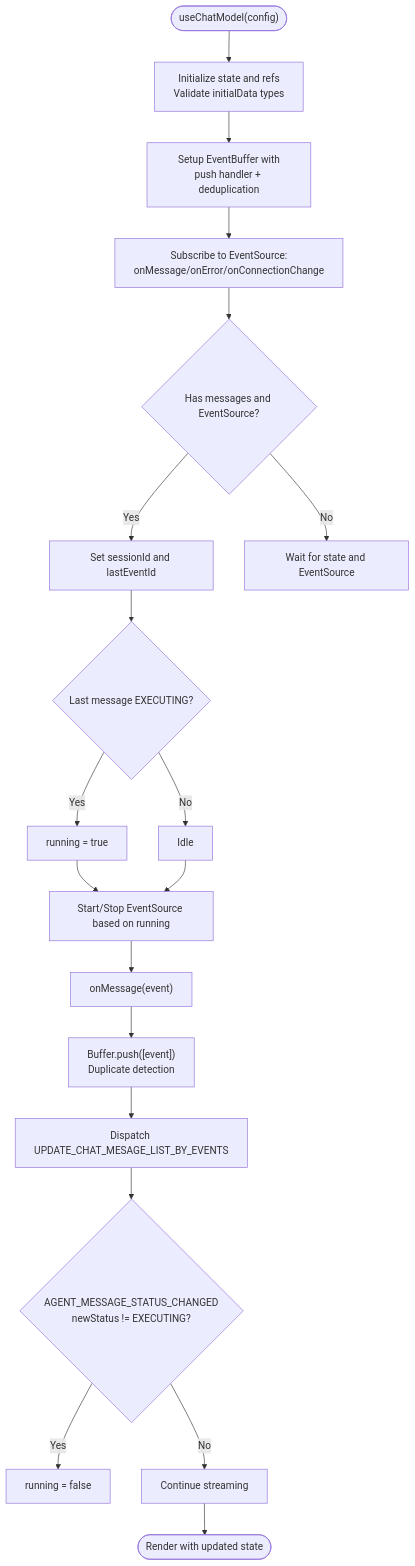
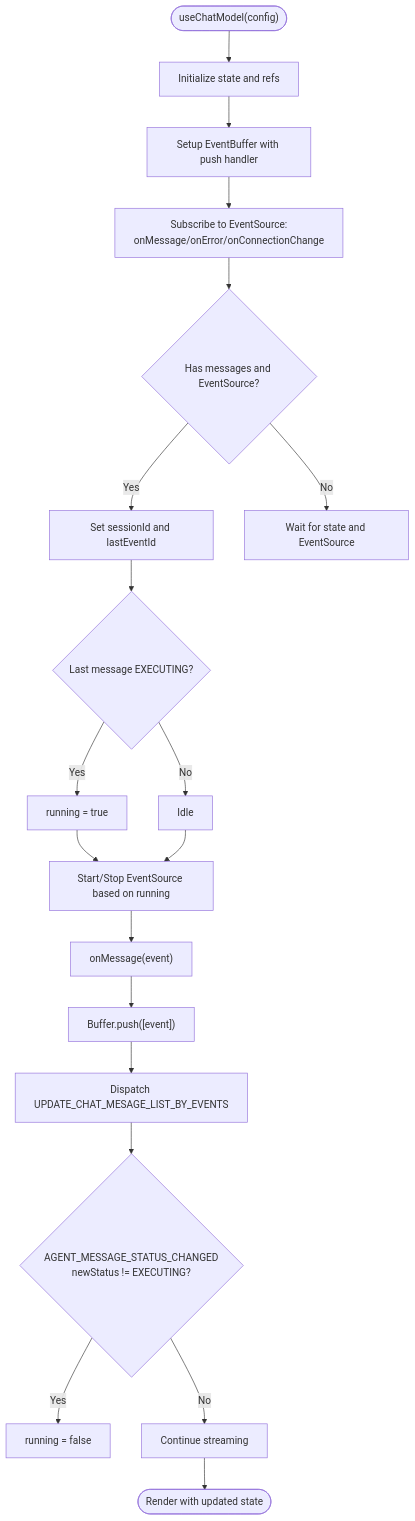
The fourth of 9 diagrams in .qoder/repowiki/en/content/Frontend Architecture/Frontend Architecture.md (alibaba/tron-one-agent), drawn with Mermaid before and after one commit. The commit also changed other lines of this file and 13 other files, not shown here.

````diff
--- a/.qoder/repowiki/en/content/Frontend Architecture/Frontend Architecture.md
+++ b/.qoder/repowiki/en/content/Frontend Architecture/Frontend Architecture.md
@@ -369,21 +264,21 @@
 ```mermaid
 flowchart TD
-Start(["useChatModel(config)"]) --> Init["Initialize state and refs<br/>Validate initialData types"]
-Init --> SetupBuffer["Setup EventBuffer with<br/>push handler + deduplication"]
+Start(["useChatModel(config)"]) --> Init["Initialize state and refs"]
+Init --> SetupBuffer["Setup EventBuffer with push handler"]
 SetupBuffer --> Subscribe["Subscribe to EventSource:<br/>onMessage/onError/onConnectionChange"]
 Subscribe --> Ready{"Has messages and EventSource?"}
 Ready --> |Yes| SyncIds["Set sessionId and lastEventId"]
 Ready --> |No| Wait["Wait for state and EventSource"]
 SyncIds --> DecideRun{"Last message EXECUTING?"}
 DecideRun --> |Yes| SetRun["running = true"]
 DecideRun --> |No| Idle["Idle"]
 SetRun --> ToggleES["Start/Stop EventSource based on running"]
 Idle --> ToggleES
 ToggleES --> OnMessage["onMessage(event)"]
-OnMessage --> BufferPush["Buffer.push([event])<br/>Duplicate detection"]
+OnMessage --> BufferPush["Buffer.push([event])"]
 BufferPush --> ApplyBatch["Dispatch UPDATE_CHAT_MESAGE_LIST_BY_EVENTS"]
 ApplyBatch --> StopCheck{"AGENT_MESSAGE_STATUS_CHANGED<br/>newStatus != EXECUTING?"}
 StopCheck --> |Yes| Stop["running = false"]
 StopCheck --> |No| Continue["Continue streaming"]
 Continue --> End(["Render with updated state"])
 ```
````
